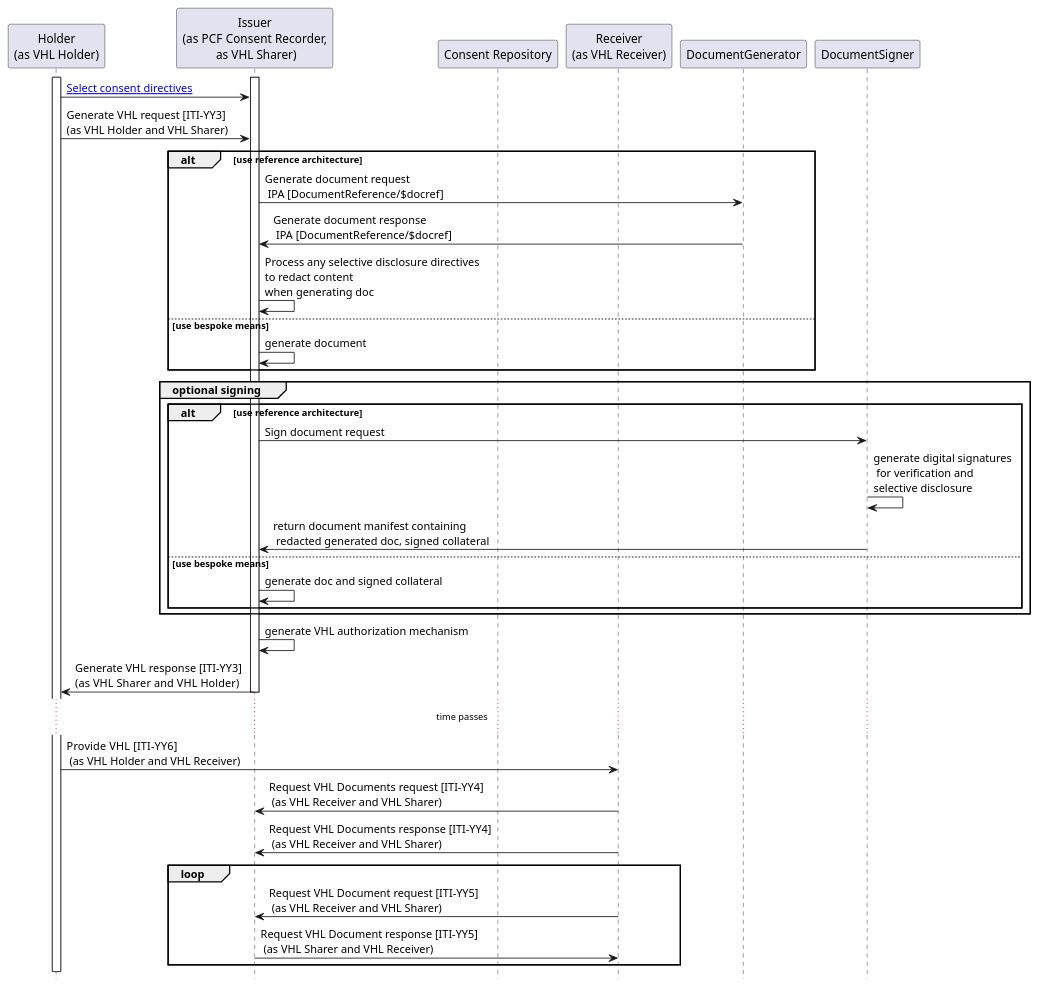
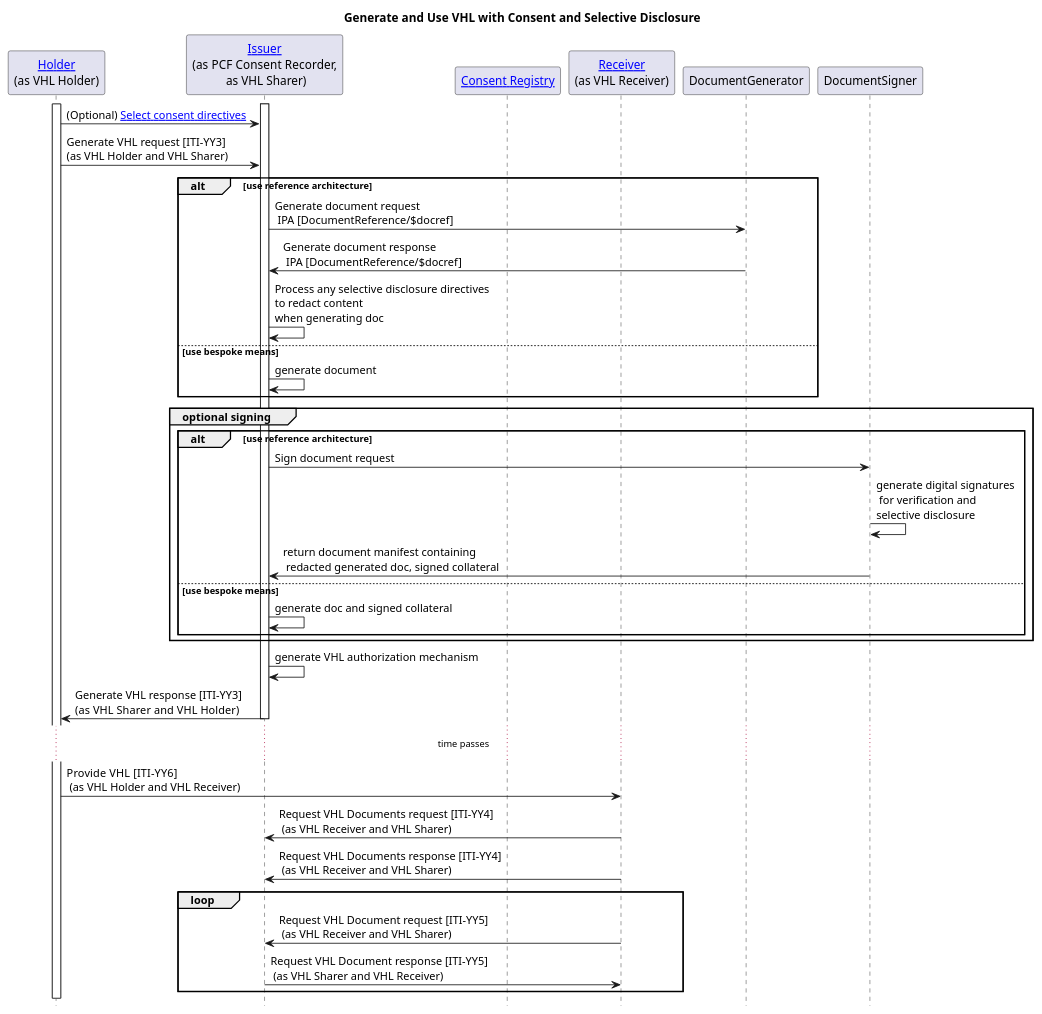
Before and after one commit to litlfred/smart-trust-phw: the diagram in input/images-source/generate-use-vhl-with-consent-and-selective-disclosure.plantuml, drawn with PlantUML. The commit also changed 3 other files, not shown here.

```diff
--- a/input/images-source/generate-use-vhl-with-consent-and-selective-disclosure.plantuml
+++ b/input/images-source/generate-use-vhl-with-consent-and-selective-disclosure.plantuml
@@ -1,50 +1,54 @@
 @startuml
 skinparam svgDimensionStyle false
 hide footbox
-participant "Holder\n(as VHL Holder)" as Holder
-participant "Issuer\n(as PCF Consent Recorder,\n as VHL Sharer)" as Issuer
-participant "Consent Repository" as PCFConsentRepository
-participant "Receiver\n(as VHL Receiver)" as Receiver
+Title Generate and Use VHL with Consent and Selective Disclosure
+
+
+
+participant "[[system-actors.html#Holder Holder]]\n(as VHL Holder)" as Holder
+participant "[[system-actors.html#Issuer Issuer]]\n(as PCF Consent Recorder,\n as VHL Sharer)" as Issuer
+participant "[[system-actors.html#ConsentRegistry Consent Registry]]" as PCFConsentRegistry
+participant "[[system-actors.html#Receiver Receiver]]\n(as VHL Receiver)" as Receiver
 
 activate Holder
 activate Issuer
 
 
-Holder -> Issuer : [[#consent-selection.png Select consent directives]]			
+Holder -> Issuer : (Optional) [[#consent-selection Select consent directives]]			
 
 
 Holder -> Issuer : Generate VHL request [ITI-YY3] \n(as VHL Holder and VHL Sharer)				
 alt use reference architecture
   Issuer -> DocumentGenerator: Generate document request\n IPA [DocumentReference/$docref]
   DocumentGenerator -> Issuer: Generate document response\n IPA [DocumentReference/$docref]
 Issuer -> Issuer: Process any selective disclosure directives\nto redact content\nwhen generating doc
 
 else use bespoke means
   Issuer -> Issuer : generate document
 end
-
+		
 group optional signing
   alt use reference architecture			
     Issuer -> DocumentSigner: Sign document request
     DocumentSigner -> DocumentSigner: generate digital signatures\n for verification and\nselective disclosure
     DocumentSigner -> Issuer: return document manifest containing\n redacted generated doc, signed collateral
   else use bespoke means
     Issuer -> Issuer: generate doc and signed collateral
   end					
 end 
 					
 Issuer -> Issuer : generate VHL authorization mechanism		
 		
 Issuer -> Holder : Generate VHL response [ITI-YY3] \n(as  VHL Sharer and VHL Holder)
 deactivate Issuer
 ... time passes ...				
 
 Holder -> Receiver : Provide VHL  [ITI-YY6]\n (as VHL Holder and VHL Receiver)
 Receiver -> Issuer : Request VHL Documents request [ITI-YY4]\n (as VHL Receiver and VHL Sharer)
 Receiver -> Issuer : Request VHL Documents response [ITI-YY4]\n (as VHL Receiver and VHL Sharer)
 loop
  Receiver -> Issuer : Request VHL Document request [ITI-YY5]\n (as VHL Receiver and VHL Sharer)
  Issuer -> Receiver : Request VHL Document response [ITI-YY5]\n (as VHL Sharer and VHL Receiver)
 end loop
 
 @enduml
```
